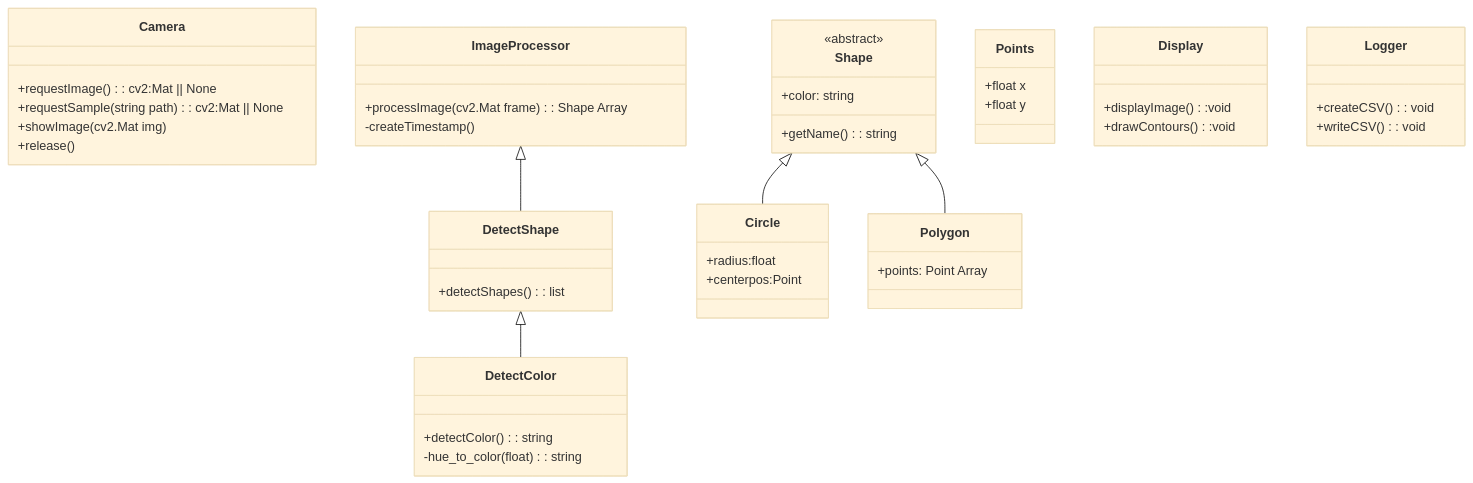
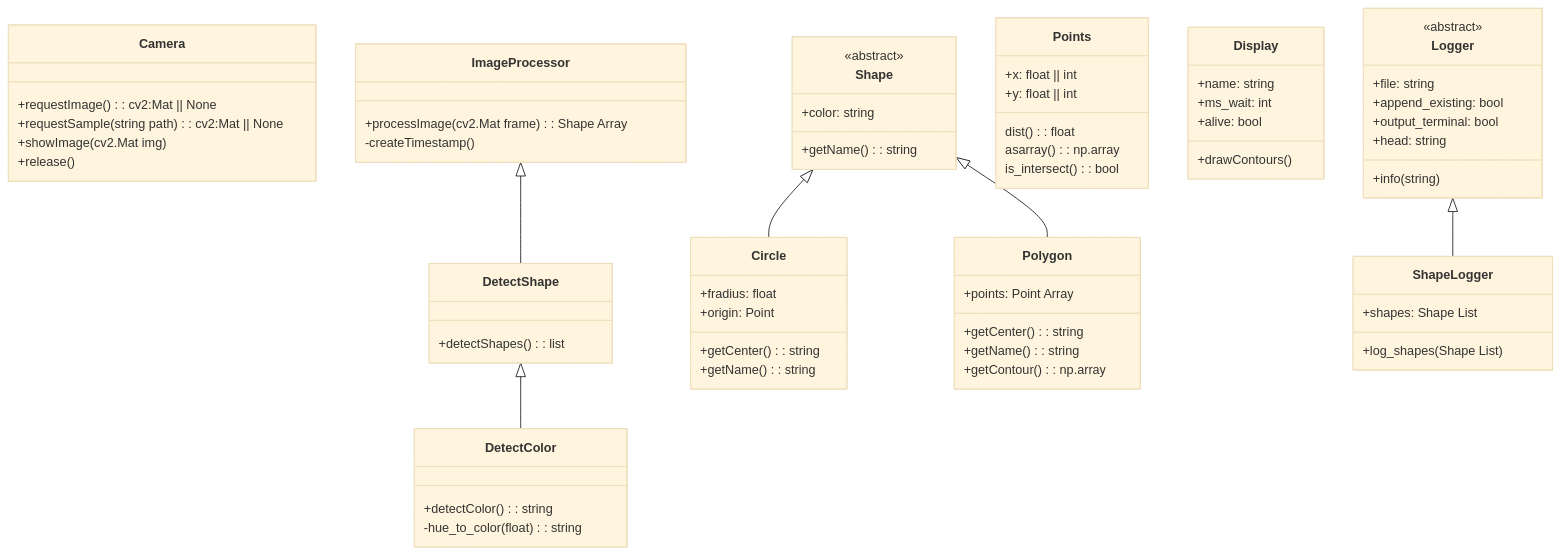
Before and after one commit to lightfreak8/fhgr-sweng: the fourth of 4 diagrams in doc/ProjectMap.md, drawn with Mermaid (base theme).

Commit message:
ProjectMap.md: fix function descriptions

````diff
--- a/doc/ProjectMap.md
+++ b/doc/ProjectMap.md
@@ -102,60 +102,78 @@
 ```mermaid
  classDiagram
 
       class Camera{
         +requestImage(): cv2:Mat || None
         +requestSample(string path): cv2:Mat || None
         +showImage(cv2.Mat img)
         +release()
       }
 
       ImageProcessor <|-- DetectShape
       class ImageProcessor{
           +processImage(cv2.Mat frame): Shape Array
           -createTimestamp()
       }
 
       DetectShape <|-- DetectColor
       class DetectShape{
         +detectShapes(): list
       }
 
       Shape <|-- Circle
       Shape <|-- Polygon
 
       class Points{
-        +float x
-        +float y
+        dist(): float
+	    asarray(): np.array
+	    is_intersect(): bool
+        +x: float || int
+        +y: float || int
       }
       class Shape{
         <<abstract>>
         +getName(): string
         +color: string
-
       }
       class Circle{
-        +radius:float
-        +centerpos:Point
-
+        +getCenter(): string
+        +getName(): string
+        +fradius: float
+        +origin: Point
       }
       class Polygon{
+        +getCenter(): string
+        +getName(): string
+        +getContour(): np.array
         +points: Point Array
       }
 
       class DetectColor{
-
           +detectColor(): string
           -hue_to_color(float): string
       }
 
       class Display{
-          +displayImage():void
-          +drawContours():void
+          +drawContours()
+          +name: string
+          +ms_wait: int
+          +alive: bool
       }
 
       class Logger{
-          +createCSV(): void
-          +writeCSV(): void
+          <<abstract>>
+		  +info(string)
+		  +file: string
+		  +append_existing: bool
+		  +output_terminal: bool
+		  +head: string
+      }
+
+	  Logger <|-- ShapeLogger
+
+      class ShapeLogger{
+		  +log_shapes(Shape List)
+	      +shapes: Shape List
       }
 
 ```
````
